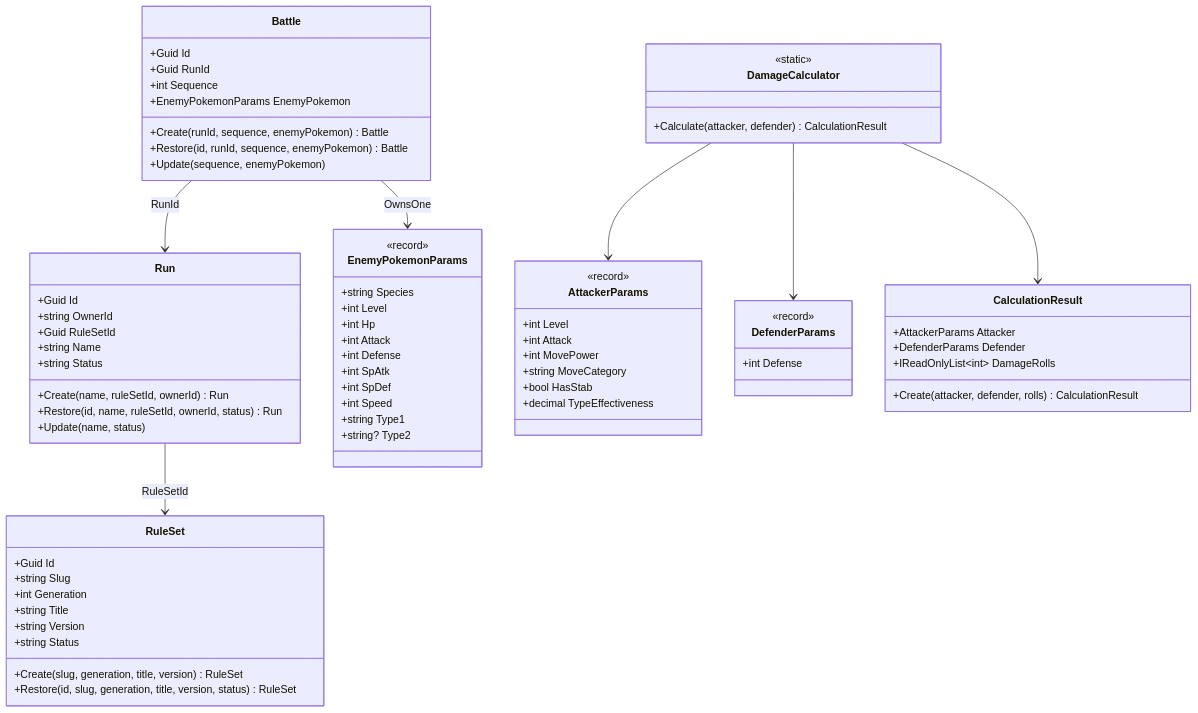
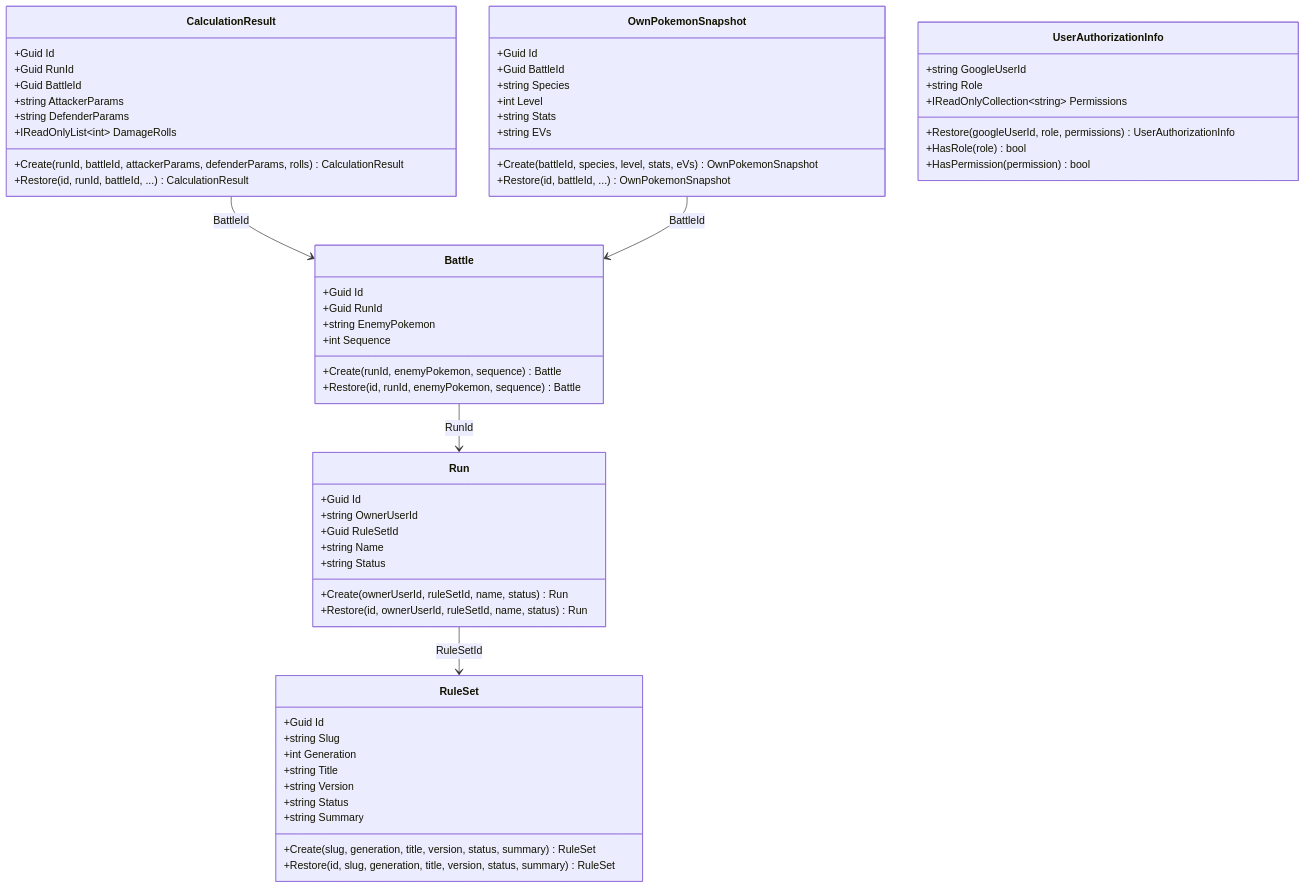
The diagram in docs/design/domain-model.md (p-o-ke-nae/pokemondamagecalculatorforstory), drawn with Mermaid before and after one commit. The commit also changed other lines of this file and 4 other files, not shown here.

````diff
--- a/docs/design/domain-model.md
+++ b/docs/design/domain-model.md
@@ -309,82 +316,69 @@
 ```mermaid
 classDiagram
     class RuleSet {
         +Guid Id
         +string Slug
         +int Generation
         +string Title
         +string Version
         +string Status
-        +Create(slug, generation, title, version) RuleSet
-        +Restore(id, slug, generation, title, version, status) RuleSet
+        +string Summary
+        +Create(slug, generation, title, version, status, summary) RuleSet
+        +Restore(id, slug, generation, title, version, status, summary) RuleSet
     }
 
     class Run {
         +Guid Id
-        +string OwnerId
+        +string OwnerUserId
         +Guid RuleSetId
         +string Name
         +string Status
-        +Create(name, ruleSetId, ownerId) Run
-        +Restore(id, name, ruleSetId, ownerId, status) Run
-        +Update(name, status)
+        +Create(ownerUserId, ruleSetId, name, status) Run
+        +Restore(id, ownerUserId, ruleSetId, name, status) Run
     }
 
     class Battle {
         +Guid Id
         +Guid RunId
+        +string EnemyPokemon
         +int Sequence
-        +EnemyPokemonParams EnemyPokemon
-        +Create(runId, sequence, enemyPokemon) Battle
-        +Restore(id, runId, sequence, enemyPokemon) Battle
-        +Update(sequence, enemyPokemon)
-    }
-
-    class EnemyPokemonParams {
-        <<record>>
-        +string Species
-        +int Level
-        +int Hp
-        +int Attack
-        +int Defense
-        +int SpAtk
-        +int SpDef
-        +int Speed
-        +string Type1
-        +string? Type2
-    }
-
-    class AttackerParams {
-        <<record>>
-        +int Level
-        +int Attack
-        +int MovePower
-        +string MoveCategory
-        +bool HasStab
-        +decimal TypeEffectiveness
-    }
-
-    class DefenderParams {
-        <<record>>
-        +int Defense
+        +Create(runId, enemyPokemon, sequence) Battle
+        +Restore(id, runId, enemyPokemon, sequence) Battle
     }
 
     class CalculationResult {
-        +AttackerParams Attacker
-        +DefenderParams Defender
+        +Guid Id
+        +Guid RunId
+        +Guid BattleId
+        +string AttackerParams
+        +string DefenderParams
         +IReadOnlyList~int~ DamageRolls
-        +Create(attacker, defender, rolls) CalculationResult
+        +Create(runId, battleId, attackerParams, defenderParams, rolls) CalculationResult
+        +Restore(id, runId, battleId, ...) CalculationResult
     }
 
-    class DamageCalculator {
-        <<static>>
-        +Calculate(attacker, defender) CalculationResult
+    class OwnPokemonSnapshot {
+        +Guid Id
+        +Guid BattleId
+        +string Species
+        +int Level
+        +string Stats
+        +string EVs
+        +Create(battleId, species, level, stats, eVs) OwnPokemonSnapshot
+        +Restore(id, battleId, ...) OwnPokemonSnapshot
+    }
+
+    class UserAuthorizationInfo {
+        +string GoogleUserId
+        +string Role
+        +IReadOnlyCollection~string~ Permissions
+        +Restore(googleUserId, role, permissions) UserAuthorizationInfo
+        +HasRole(role) bool
+        +HasPermission(permission) bool
     }
 
     Run --> RuleSet : RuleSetId
     Battle --> Run : RunId
-    Battle --> EnemyPokemonParams : OwnsOne
-    DamageCalculator --> AttackerParams
-    DamageCalculator --> DefenderParams
-    DamageCalculator --> CalculationResult
+    CalculationResult --> Battle : BattleId
+    OwnPokemonSnapshot --> Battle : BattleId
 ```
````
